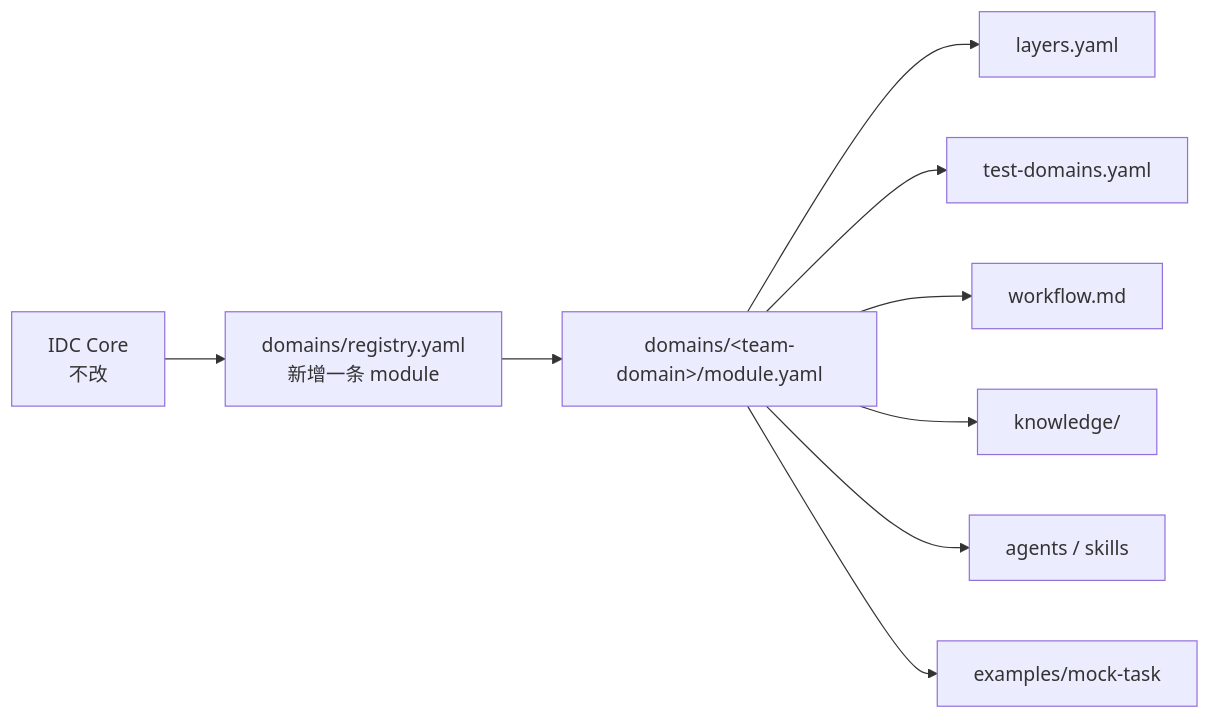
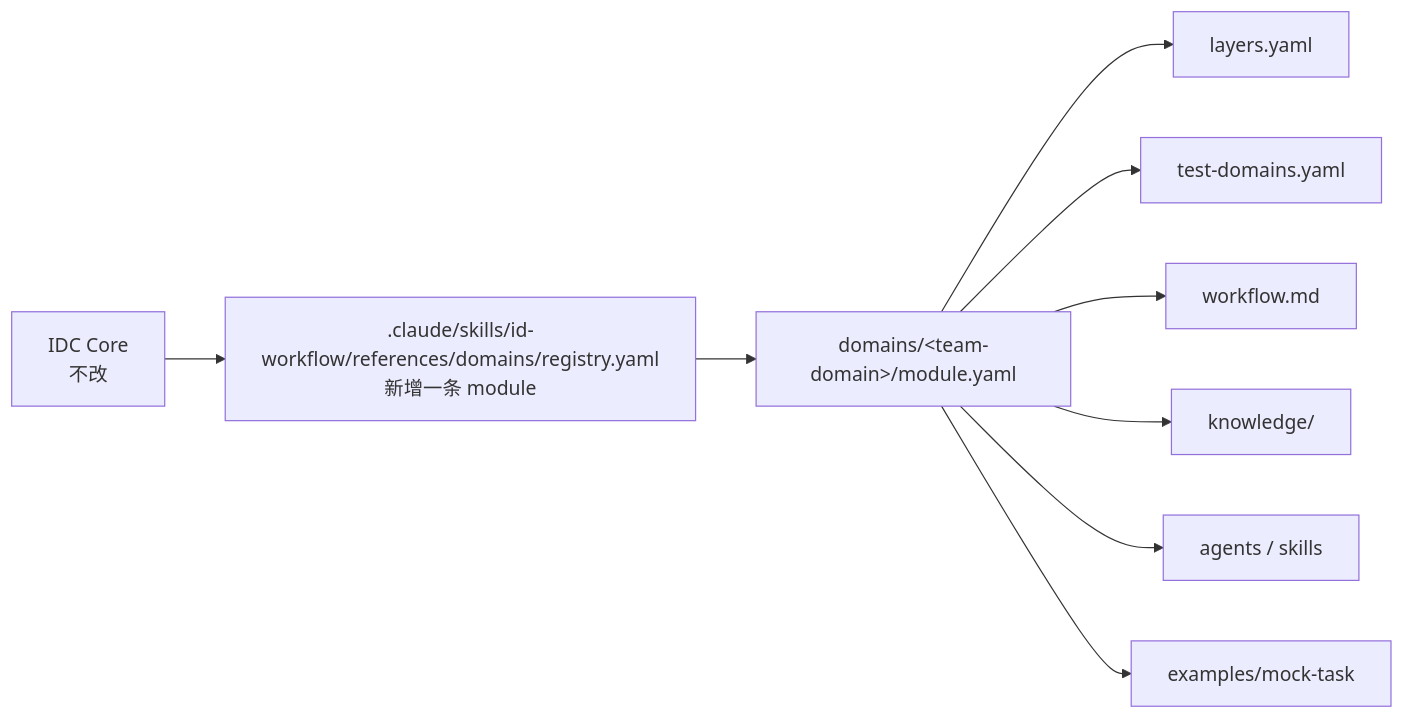
One commit to kangkangkim/IntentDynamicSOP changed the third of 3 diagrams in docs/architecture-diagram.md. Above: the diagram before and after it, drawn with Mermaid. The commit also changed other lines of this file and 116 other files, not shown here.

````diff
--- a/docs/architecture-diagram.md
+++ b/docs/architecture-diagram.md
@@ -70,11 +70,11 @@
 ```mermaid
 flowchart LR
-    A["IDC Core<br/>不改"] --> B["domains/registry.yaml<br/>新增一条 module"]
+    A["IDC Core<br/>不改"] --> B[".claude/skills/id-workflow/references/domains/registry.yaml<br/>新增一条 module"]
     B --> C["domains/&lt;team-domain&gt;/module.yaml"]
     C --> D["layers.yaml"]
     C --> E["test-domains.yaml"]
     C --> F["workflow.md"]
     C --> G["knowledge/"]
     C --> H["agents / skills"]
     C --> I["examples/mock-task"]
 ```
````
